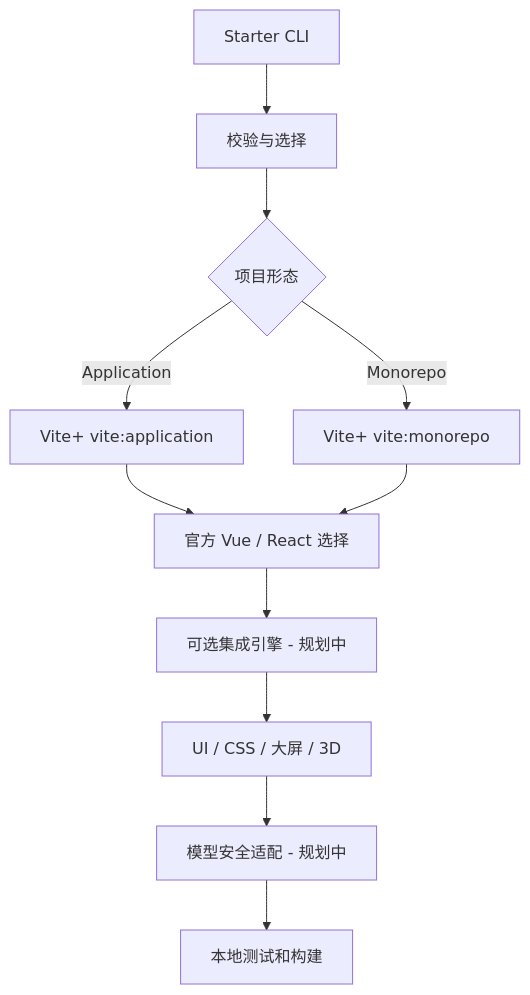
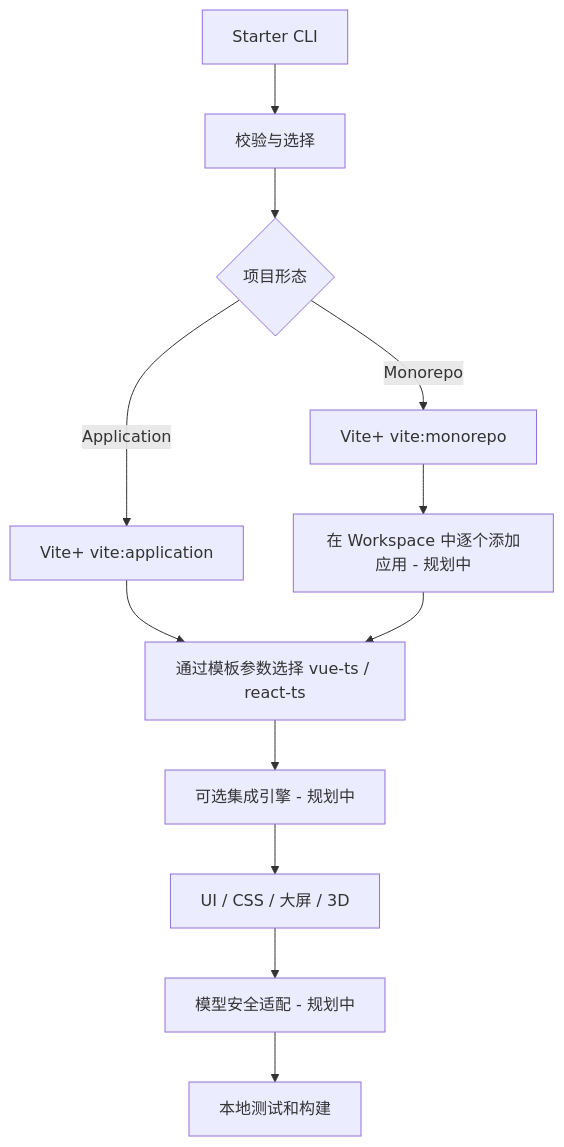
The diagram in docs/ARCHITECTURE.md (adui-dev/viteplus-starter), drawn with Mermaid before and after one commit. The commit also changed other lines of this file and 10 other files, not shown here.

Commit message:
🐛 fix: 明确 Vue/React 官方模板参数并修复 Windows 子进程警告

````diff
--- a/docs/ARCHITECTURE.md
+++ b/docs/ARCHITECTURE.md
@@ -7,13 +7,14 @@
 ```mermaid
 flowchart TD
   A[Starter CLI] --> B[校验与选择]
   B --> C{项目形态}
   C -->|Application| D[Vite+ vite:application]
   C -->|Monorepo| E[Vite+ vite:monorepo]
-  D --> F[官方 Vue / React 选择]
-  E --> F
+  D --> F[通过模板参数选择 vue-ts / react-ts]
+  E --> K[在 Workspace 中逐个添加应用 - 规划中]
+  K --> F
   F --> G[可选集成引擎 - 规划中]
   G --> H[UI / CSS / 大屏 / 3D]
   H --> I[模型安全适配 - 规划中]
   I --> J[本地测试和构建]
 ```
````
